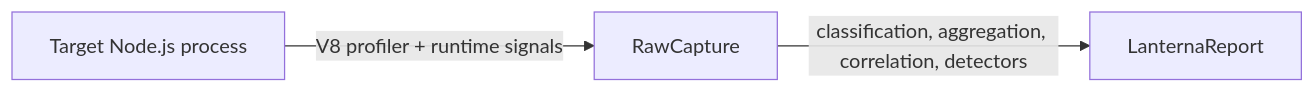
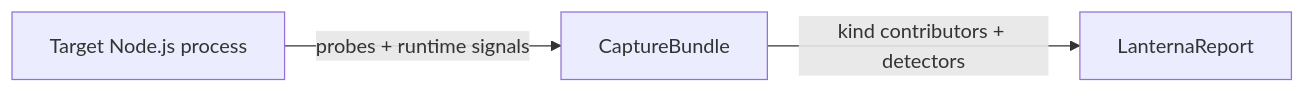
Before and after one commit to arkerone/lanterna: the diagram in docs/how-lanterna-works.md, drawn with Mermaid. The commit also changed other lines of this file and 6 other files, not shown here.

Commit message:
docs: document schema v2 and profile kinds

````diff
--- a/docs/how-lanterna-works.md
+++ b/docs/how-lanterna-works.md
@@ -9,5 +11,5 @@
 ```mermaid
 flowchart LR
-    A[Target Node.js process] -->|V8 profiler + runtime signals| B[RawCapture]
-    B -->|classification, aggregation, correlation, detectors| C[LanternaReport]
+    A[Target Node.js process] -->|probes + runtime signals| B[CaptureBundle]
+    B -->|kind contributors + detectors| C[LanternaReport]
 ```
````
